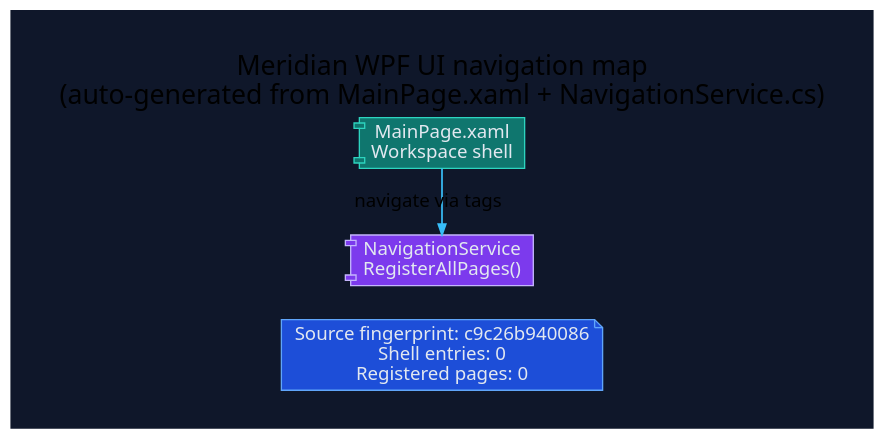
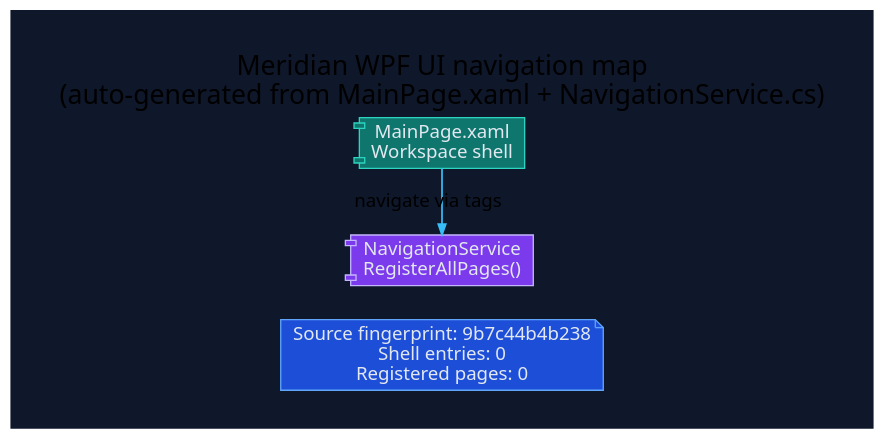
The diagram in docs/diagrams/ui-navigation-map.dot (rodoHasArrived/Meridian-main), drawn with Graphviz before and after one commit. The commit also changed 9 other files, not shown here.

Commit message:
docs(diagrams): regenerate diagram artifacts from sources

```diff
--- a/docs/diagrams/ui-navigation-map.dot
+++ b/docs/diagrams/ui-navigation-map.dot
@@ -1,27 +1,27 @@
 // -----------------------------------------------------------------------------
 // <auto-generated>
 // Generated by scripts/generate-diagrams.mjs.
 // Do not edit this file directly; update the WPF source files instead.
 // -----------------------------------------------------------------------------
 digraph UiNavigationMap {
   graph [
     rankdir=LR,
     labelloc=t,
     label="Meridian WPF UI navigation map\n(auto-generated from MainPage.xaml + NavigationService.cs)",
     fontname="Segoe UI",
     fontsize=20,
     pad=0.4,
     nodesep=0.35,
     ranksep=1.0,
     bgcolor="#0f172a"
   ];
   node [fontname="Segoe UI", shape=box, style="rounded,filled", color="#475569", fontcolor="#e2e8f0", fillcolor="#1e293b"];
   edge [fontname="Segoe UI", color="#94a3b8", penwidth=1.3, arrowsize=0.8];
 
-  generated [shape=note, fillcolor="#1d4ed8", color="#60a5fa", label="Source fingerprint: c9c26b940086\nShell entries: 0\nRegistered pages: 0"];
+  generated [shape=note, fillcolor="#1d4ed8", color="#60a5fa", label="Source fingerprint: 9b7c44b4b238\nShell entries: 0\nRegistered pages: 0"];
   shell [shape=component, fillcolor="#0f766e", color="#2dd4bf", label="MainPage.xaml\nWorkspace shell"];
   navigation [shape=component, fillcolor="#7c3aed", color="#c4b5fd", label="NavigationService\nRegisterAllPages()"];
   shell -> navigation [label="navigate via tags", color="#38bdf8"];
 
   { rank=min; generated; shell; navigation; }
 }
```
